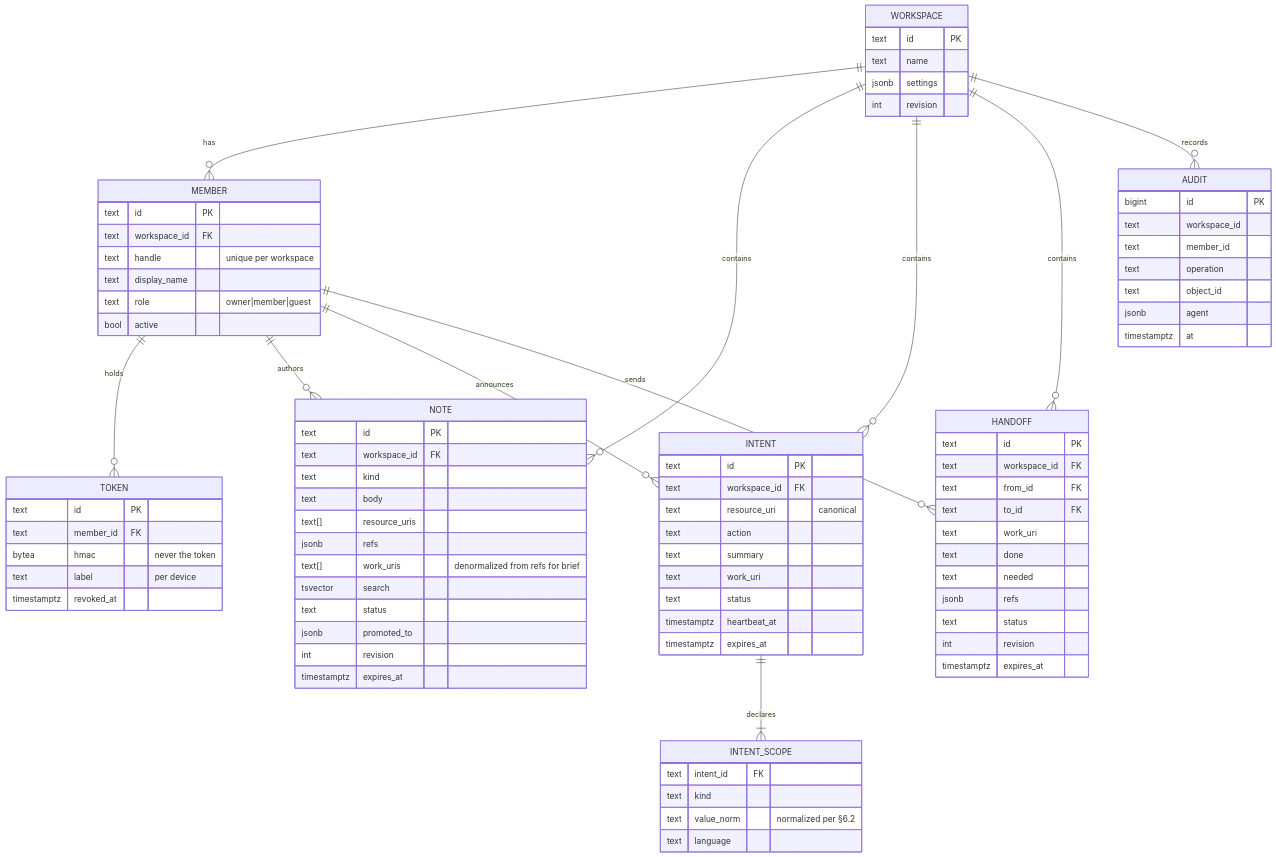
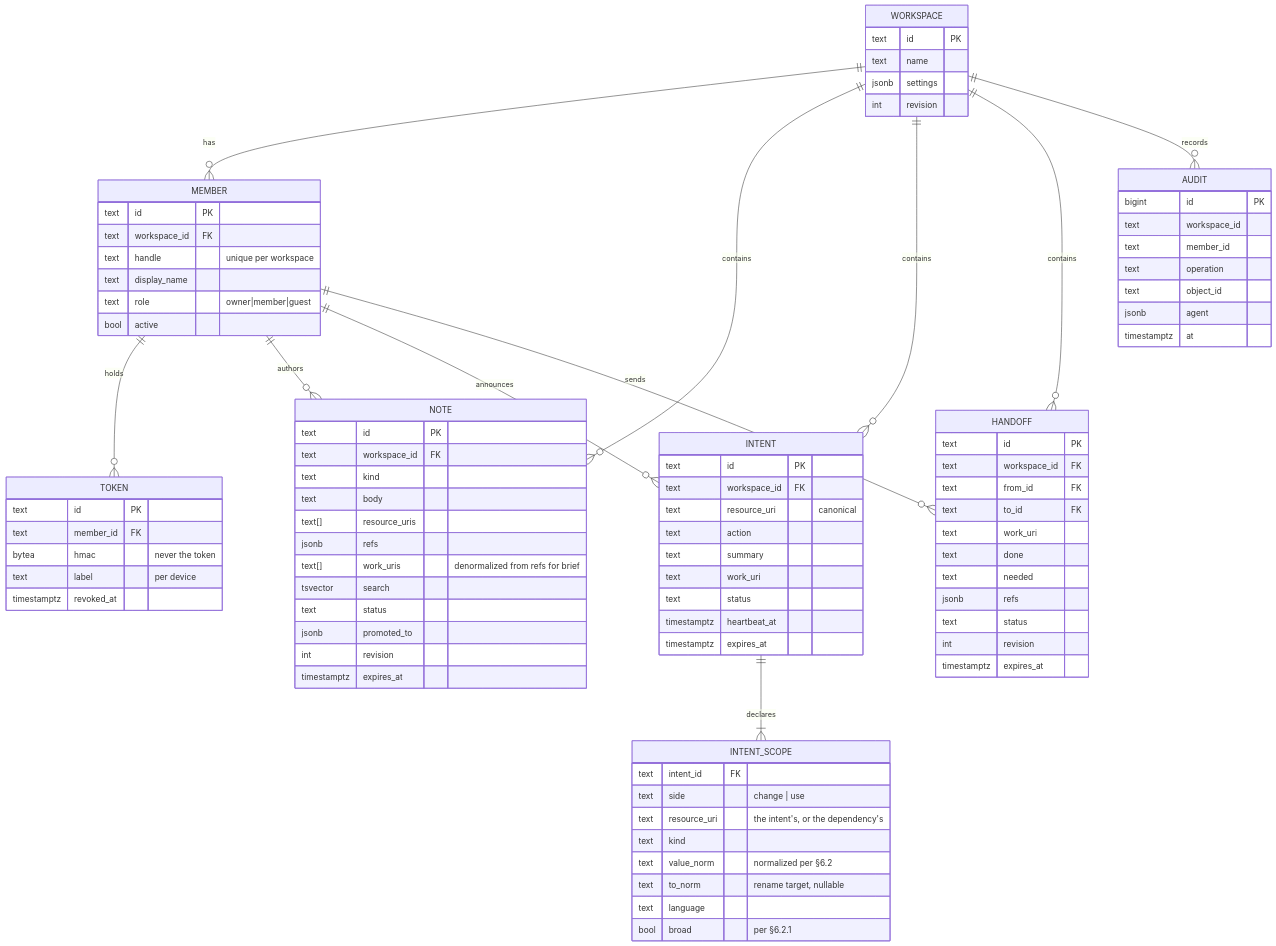
Before and after one commit to recluzegeek/shared-context-protocol: the third of 11 diagrams in docs/architecture.md, drawn with Mermaid. The commit also changed other lines of this file and 1 other file, not shown here.

Commit message:
Address review: broad scopes, coverage honesty, cross-resource uses and renames, IdP membership, verified promotion, event staleness

```diff
--- a/docs/architecture.md
+++ b/docs/architecture.md
@@ -145,9 +145,13 @@
     }
     INTENT_SCOPE {
         text intent_id FK
+        text side "change | use"
+        text resource_uri "the intent's, or the dependency's"
         text kind
         text value_norm "normalized per §6.2"
+        text to_norm "rename target, nullable"
         text language
+        bool broad "per §6.2.1"
     }
     HANDOFF {
         text id PK
```
